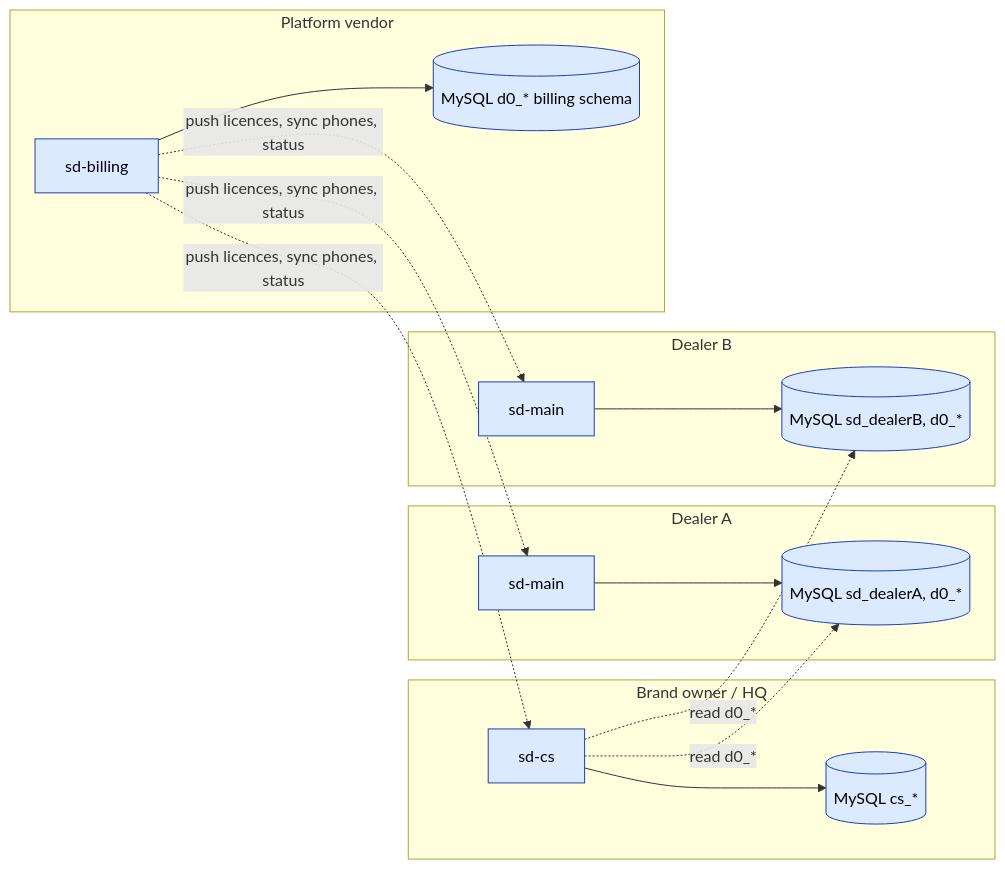
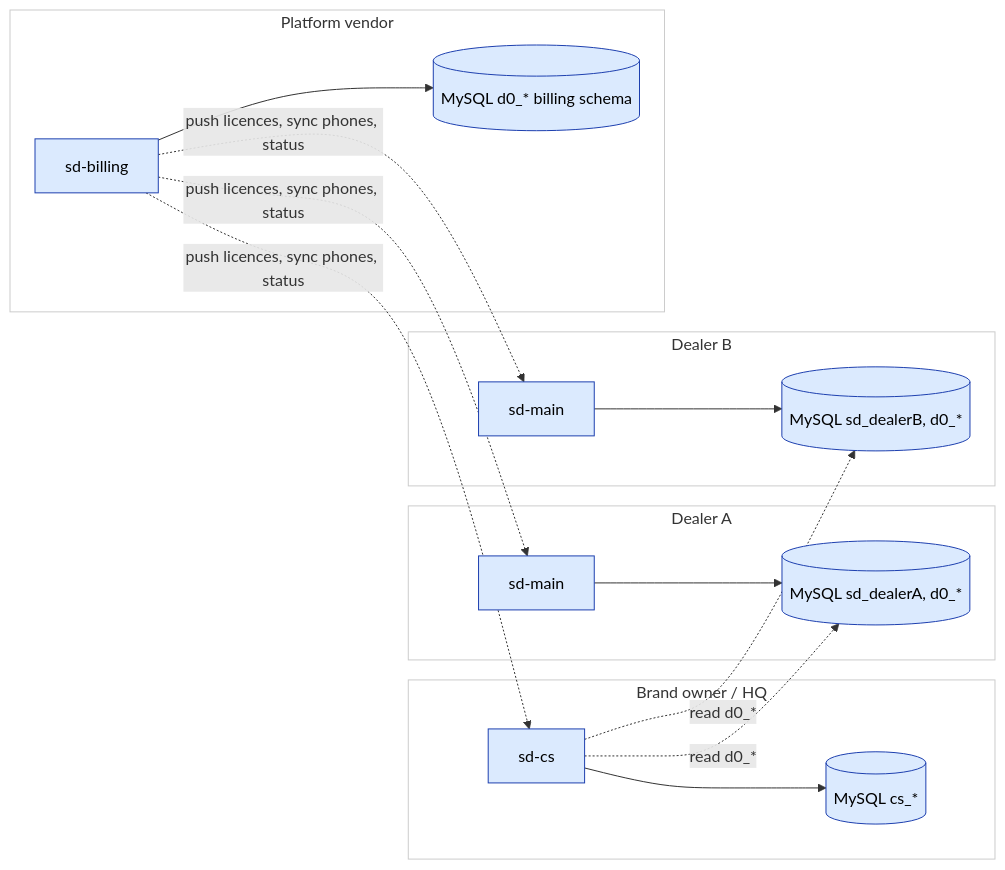
The first of 3 diagrams in docs/ecosystem.md (jamshidtulaganov/sd-doc), drawn with Mermaid before and after one commit. The commit also changed other lines of this file and 4 other files, not shown here.

First line of the commit message:
Consolidate FigJam diagrams into one master with 6 Sections

````diff
--- a/docs/ecosystem.md
+++ b/docs/ecosystem.md
@@ -44,33 +44,38 @@
 ```mermaid
 flowchart LR
   subgraph HQ["Brand owner / HQ"]
     CS["sd-cs"]
     CSDB[(MySQL cs_*)]
   end
   subgraph DealerA["Dealer A"]
     MA["sd-main"]
     DA[(MySQL sd_dealerA, d0_*)]
   end
   subgraph DealerB["Dealer B"]
     MB["sd-main"]
     DB2[(MySQL sd_dealerB, d0_*)]
   end
   subgraph Vendor["Platform vendor"]
     BL["sd-billing"]
     BLDB[(MySQL d0_* billing schema)]
   end
   CS --> CSDB
   CS -.->|read d0_*| DA
   CS -.->|read d0_*| DB2
   MA --> DA
   MB --> DB2
   BL --> BLDB
   BL -.->|push licences, sync phones, status| MA
   BL -.->|push licences, sync phones, status| MB
   BL -.->|push licences, sync phones, status| CS
 
   class CS,CSDB,MA,DA,MB,DB2,BL,BLDB action
   classDef action   fill:#dbeafe,stroke:#1e40af,color:#000
   classDef external fill:#f3f4f6,stroke:#374151,color:#000
   classDef cron     fill:#ede9fe,stroke:#6d28d9,color:#000
+
+  style HQ fill:#ffffff,stroke:#cccccc
+  style DealerA fill:#ffffff,stroke:#cccccc
+  style DealerB fill:#ffffff,stroke:#cccccc
+  style Vendor fill:#ffffff,stroke:#cccccc
 ```
````
